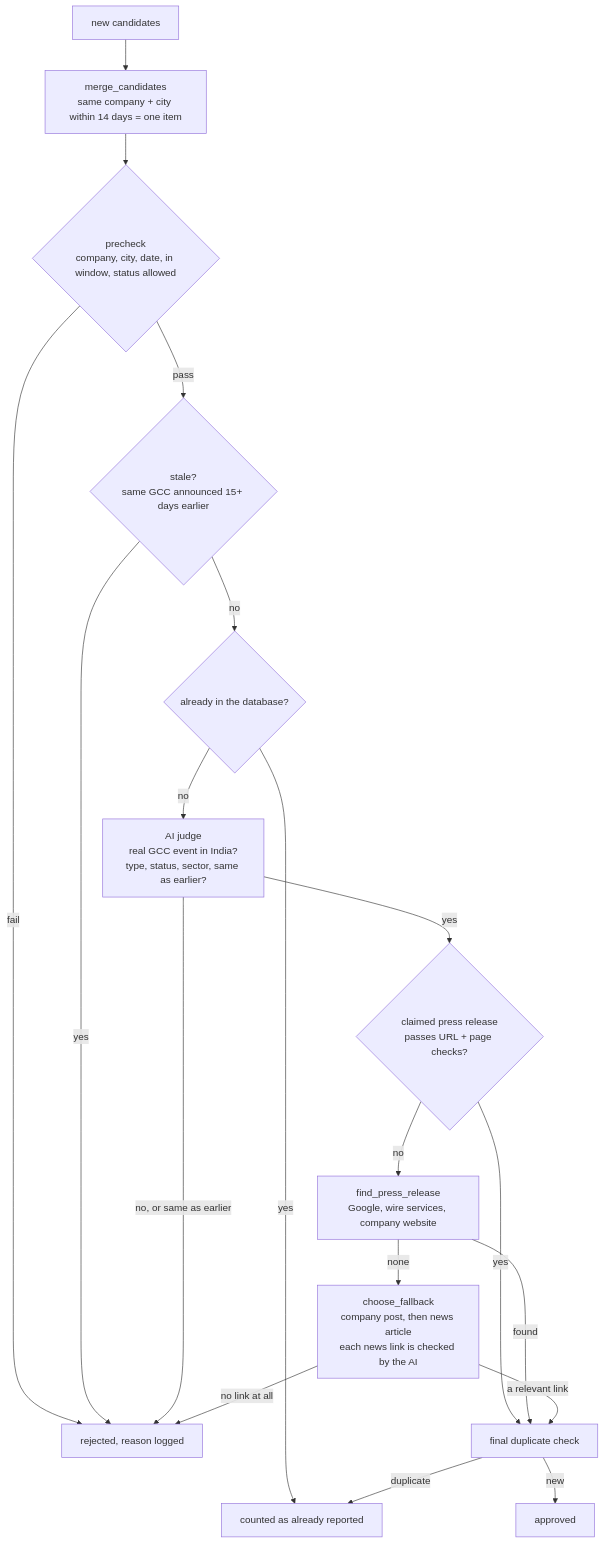
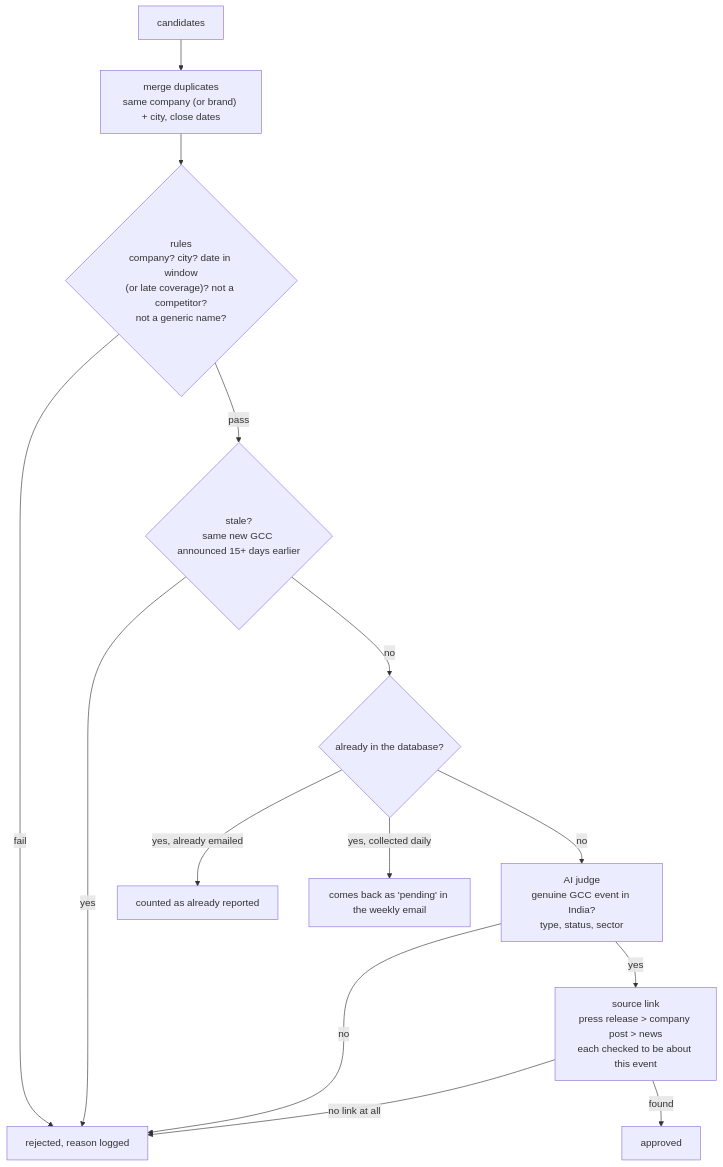
One commit to neudelta/gccreport changed the second of 2 diagrams in docs/CODE_WALKTHROUGH.md. Above: the diagram before and after it, drawn with Mermaid. The commit also changed other lines of this file and 2 other files, not shown here.

First line of the commit message:
Update code walkthrough: dashboard, daily refresh and local setup

````diff
--- a/docs/CODE_WALKTHROUGH.md
+++ b/docs/CODE_WALKTHROUGH.md
@@ -374,21 +335,16 @@
 ```mermaid
 flowchart TD
-    A["new candidates"] --> B["merge_candidates<br/>same company + city within 14 days = one item"]
-    B --> C{"precheck<br/>company, city, date, in window, status allowed"}
+    A["candidates"] --> B["merge duplicates<br/>same company (or brand) + city, close dates"]
+    B --> C{"rules<br/>company? city? date in window<br/>(or late coverage)? not a competitor?<br/>not a generic name?"}
     C -->|fail| RJ["rejected, reason logged"]
-    C -->|pass| ST{"stale?<br/>same GCC announced 15+ days earlier"}
+    C -->|pass| ST{"stale?<br/>same new GCC announced 15+ days earlier"}
     ST -->|yes| RJ
     ST -->|no| D{"already in the database?"}
-    D -->|yes| DUP["counted as already reported"]
-    D -->|no| G["AI judge<br/>real GCC event in India?<br/>type, status, sector, same as earlier?"]
-    G -->|"no, or same as earlier"| RJ
-    G -->|yes| H{"claimed press release<br/>passes URL + page checks?"}
-    H -->|yes| K["final duplicate check"]
-    H -->|no| I["find_press_release<br/>Google, wire services, company website"]
-    I -->|found| K
-    I -->|"none"| FB["choose_fallback<br/>company post, then news article<br/>each news link is checked by the AI"]
-    FB -->|"a relevant link"| K
-    FB -->|"no link at all"| RJ
-    K -->|duplicate| DUP
-    K -->|new| OK["approved"]
+    D -->|"yes, already emailed"| DUP["counted as already reported"]
+    D -->|"yes, collected daily"| PEND["comes back as 'pending' in the weekly email"]
+    D -->|no| G["AI judge<br/>genuine GCC event in India?<br/>type, status, sector"]
+    G -->|no| RJ
+    G -->|yes| H["source link<br/>press release > company post > news<br/>each checked to be about this event"]
+    H -->|"no link at all"| RJ
+    H -->|found| OK["approved"]
 ```
````
